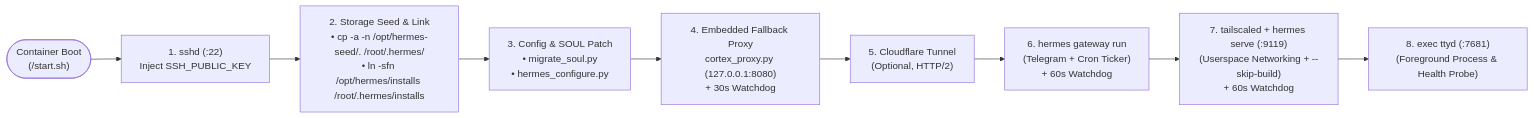
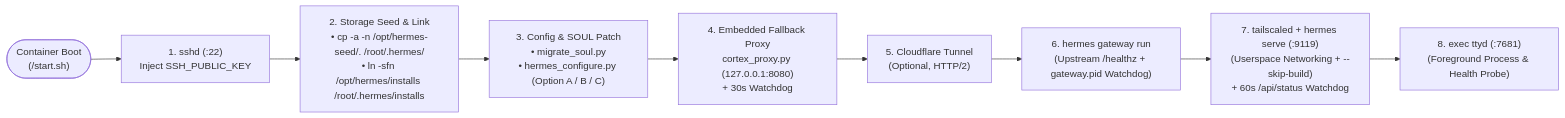
One commit to fbattaglieri-snowflake/hermes-snowflake changed the first of 2 diagrams in docs/architecture.md. Above: the diagram before and after it, drawn with Mermaid. The commit also changed other lines of this file and 24 other files, not shown here.

````diff
--- a/docs/architecture.md
+++ b/docs/architecture.md
@@ -12,11 +12,11 @@
 ```mermaid
 flowchart LR
     BOOT(["Container Boot<br/>(/start.sh)"]) --> SSH["1. sshd (:22)<br/>Inject SSH_PUBLIC_KEY"]
     SSH --> SEED["2. Storage Seed & Link<br/>• cp -a -n /opt/hermes-seed/. /root/.hermes/<br/>• ln -sfn /opt/hermes/installs /root/.hermes/installs"]
-    SEED --> CFG["3. Config & SOUL Patch<br/>• migrate_soul.py<br/>• hermes_configure.py"]
+    SEED --> CFG["3. Config & SOUL Patch<br/>• migrate_soul.py<br/>• hermes_configure.py (Option A / B / C)"]
     CFG --> PROXY["4. Embedded Fallback Proxy<br/>cortex_proxy.py (127.0.0.1:8080)<br/>+ 30s Watchdog"]
     PROXY --> CF["5. Cloudflare Tunnel<br/>(Optional, HTTP/2)"]
-    CF --> GW["6. hermes gateway run<br/>(Telegram + Cron Ticker)<br/>+ 60s Watchdog"]
-    GW --> TS["7. tailscaled + hermes serve (:9119)<br/>(Userspace Networking + --skip-build)<br/>+ 60s Watchdog"]
+    CF --> GW["6. hermes gateway run<br/>(Upstream /healthz + gateway.pid Watchdog)"]
+    GW --> TS["7. tailscaled + hermes serve (:9119)<br/>(Userspace Networking + --skip-build)<br/>+ 60s /api/status Watchdog"]
     TS --> TTYD["8. exec ttyd (:7681)<br/>(Foreground Process & Health Probe)"]
 ```
````
